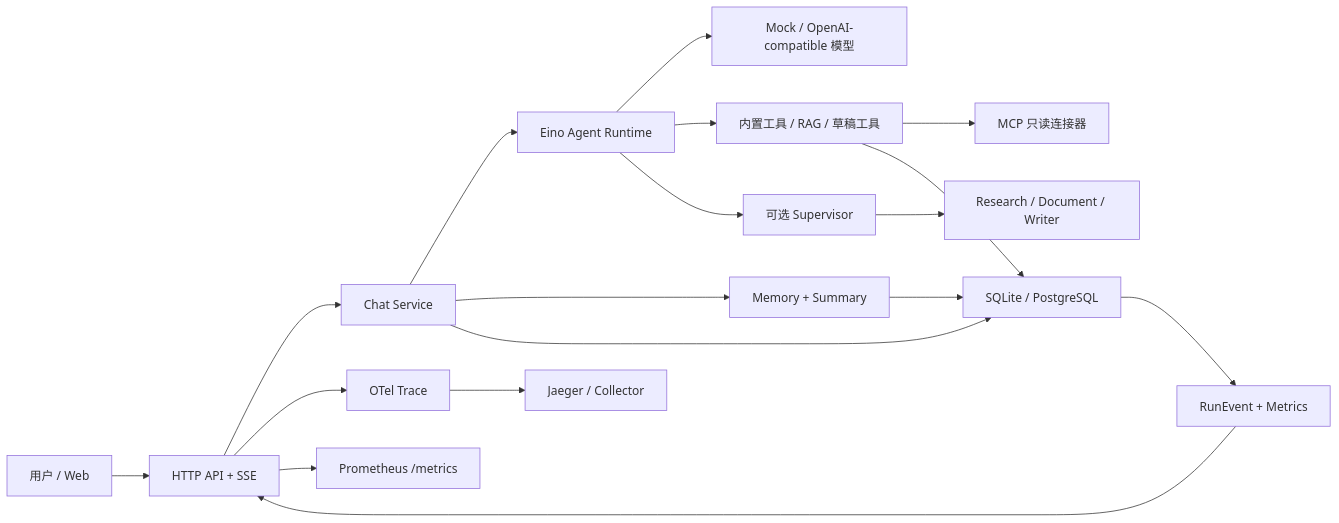
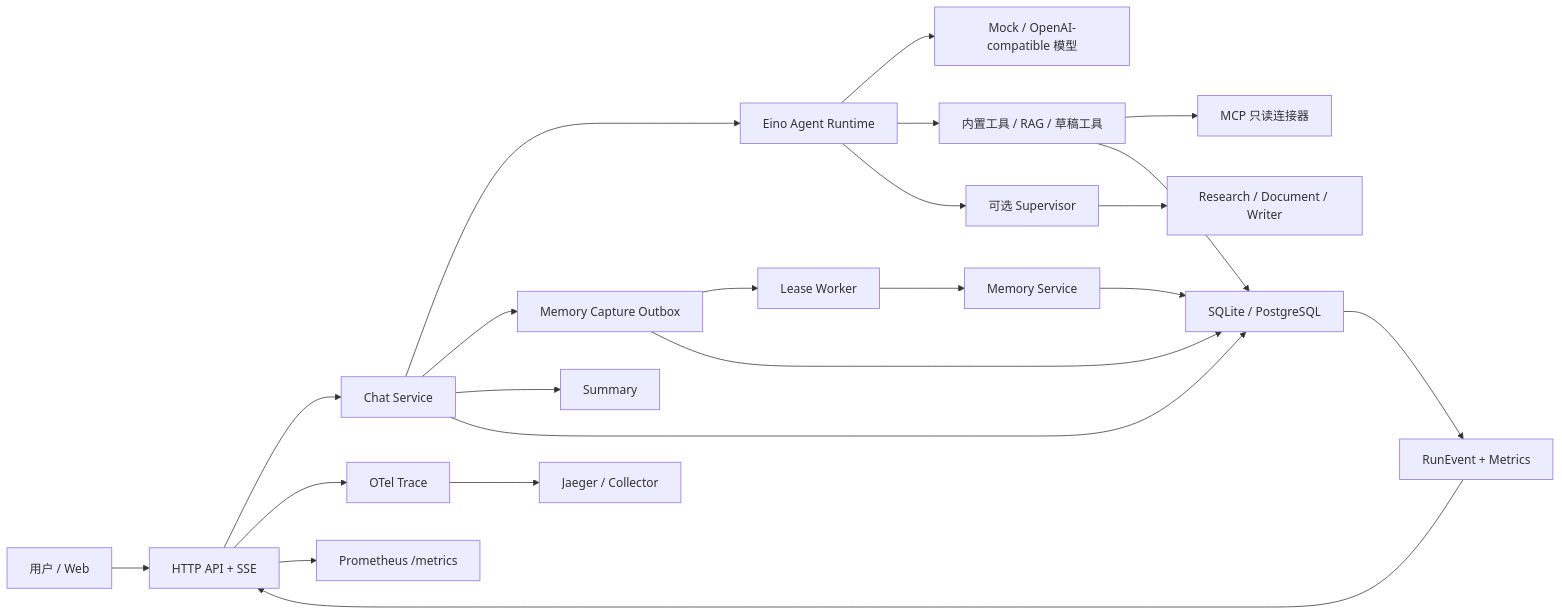
Before and after one commit to zora-DD/zora: the first of 2 diagrams in README.md, drawn with Mermaid. The commit also changed other lines of this file and 37 other files, not shown here.

````diff
--- a/README.md
+++ b/README.md
@@ -43,20 +43,24 @@
 ```mermaid
 flowchart LR
     User["用户 / Web"] --> API["HTTP API + SSE"]
     API --> Chat["Chat Service"]
     Chat --> Runtime["Eino Agent Runtime"]
     Runtime --> Model["Mock / OpenAI-compatible 模型"]
     Runtime --> Tools["内置工具 / RAG / 草稿工具"]
     Runtime --> Supervisor["可选 Supervisor"]
     Supervisor --> Specialists["Research / Document / Writer"]
     Tools --> MCP["MCP 只读连接器"]
-    Chat --> Memory["Memory + Summary"]
+    Chat --> Outbox["Memory Capture Outbox"]
+    Outbox --> Worker["Lease Worker"]
+    Worker --> Memory["Memory Service"]
+    Chat --> Summary["Summary"]
     Chat --> Store["SQLite / PostgreSQL"]
     Memory --> Store
+    Outbox --> Store
     Tools --> Store
     Store --> Metrics["RunEvent + Metrics"]
     Metrics --> API
     API --> OTel["OTel Trace"]
     OTel --> Jaeger["Jaeger / Collector"]
     API --> Prom["Prometheus /metrics"]
 ```
````
